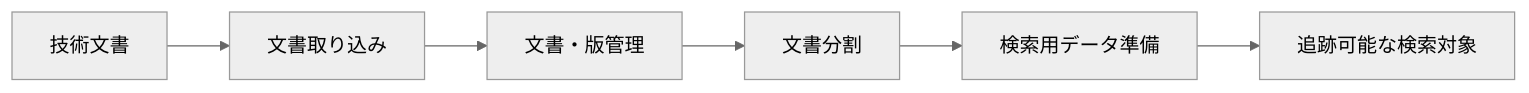
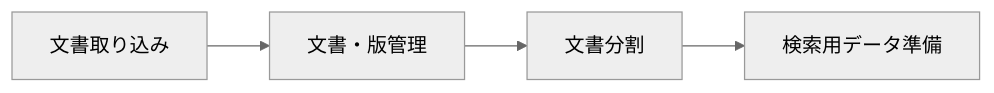
One commit to takashit16833/RAGScope changed the diagram in project-docs/design/domains/documents/README.md. Above: the diagram before and after it, drawn with Mermaid (neutral theme). The commit also changed other lines of this file and 4 other files, not shown here.

````diff
--- a/project-docs/design/domains/documents/README.md
+++ b/project-docs/design/domains/documents/README.md
@@ -9,11 +9,9 @@
 ```mermaid
 flowchart LR
-    TechnicalDocument["技術文書"]
     Ingest["文書取り込み"]
     Manage["文書・版管理"]
     Split["文書分割"]
     Prepare["検索用データ準備"]
-    SearchTarget["追跡可能な検索対象"]
 
-    TechnicalDocument --> Ingest --> Manage --> Split --> Prepare --> SearchTarget
+    Ingest --> Manage --> Split --> Prepare
 ```
````
